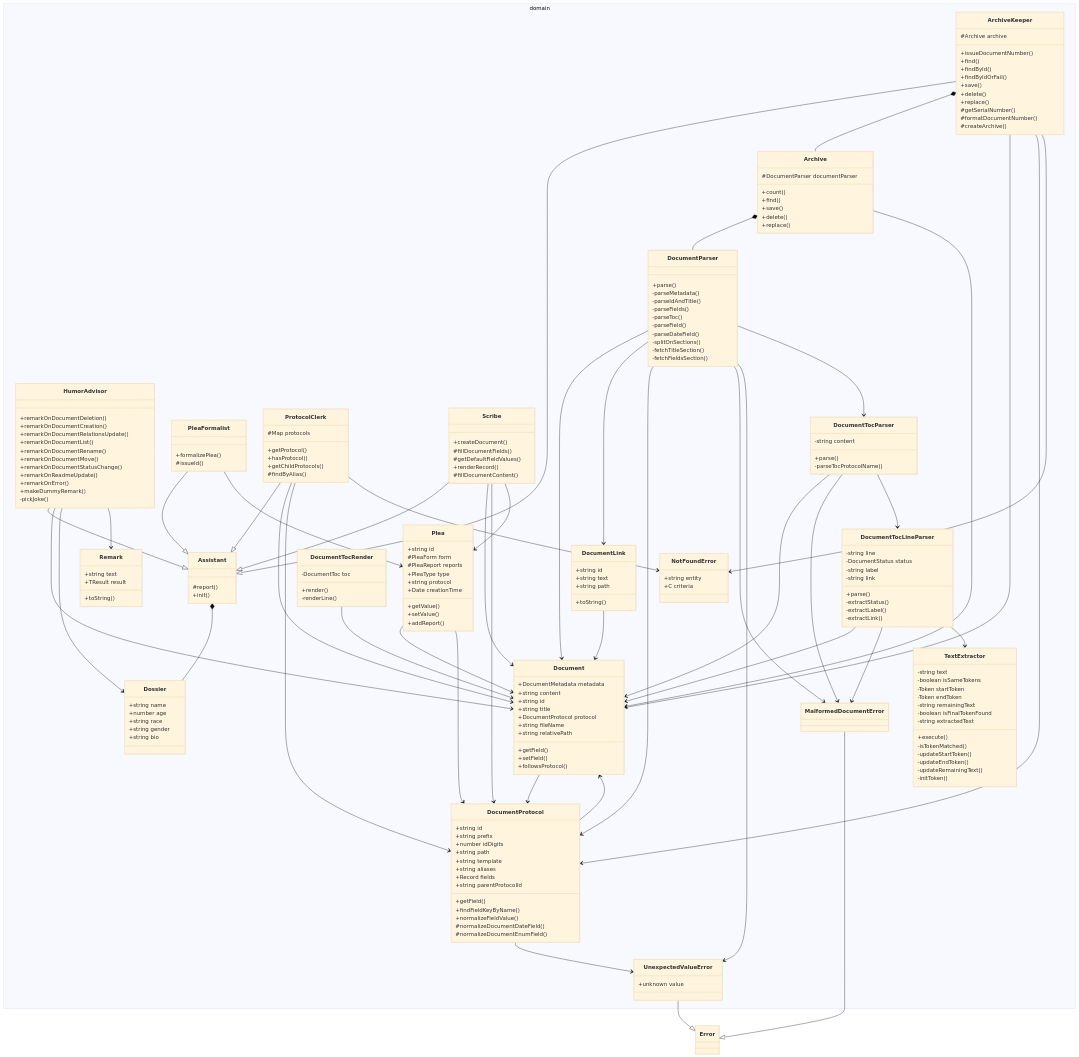
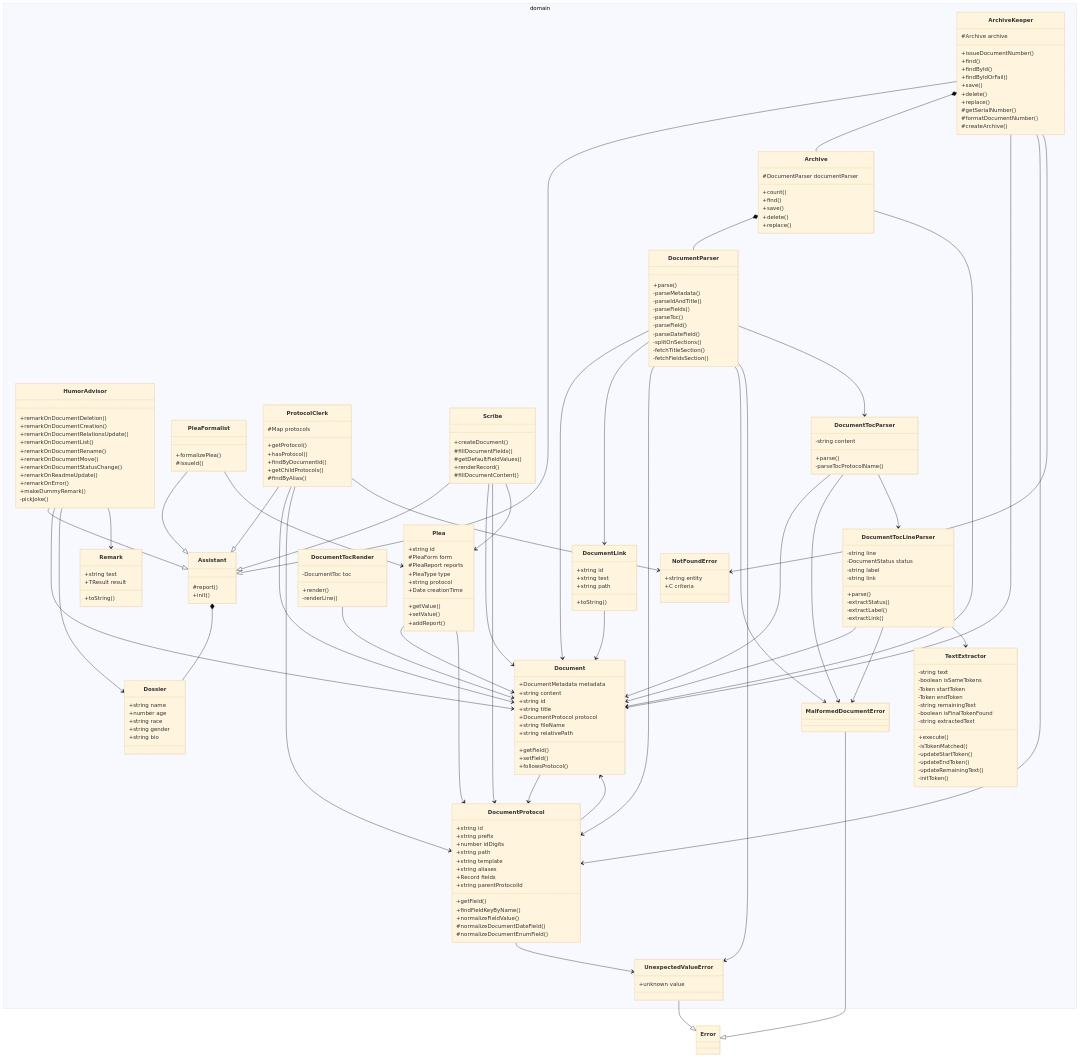
The diagram in tools/zok/README.md (pslotinsky/decay-of-magic), drawn with Mermaid (base theme) before and after one commit. The commit also changed 4 other files, not shown here.

```diff
--- a/tools/zok/README.md
+++ b/tools/zok/README.md
@@ -70,6 +70,7 @@
       #Map protocols
       +getProtocol()
       +hasProtocol()
+      +findByDocumentId()
       +getChildProtocols()
       #findByAlias()
     }
```
